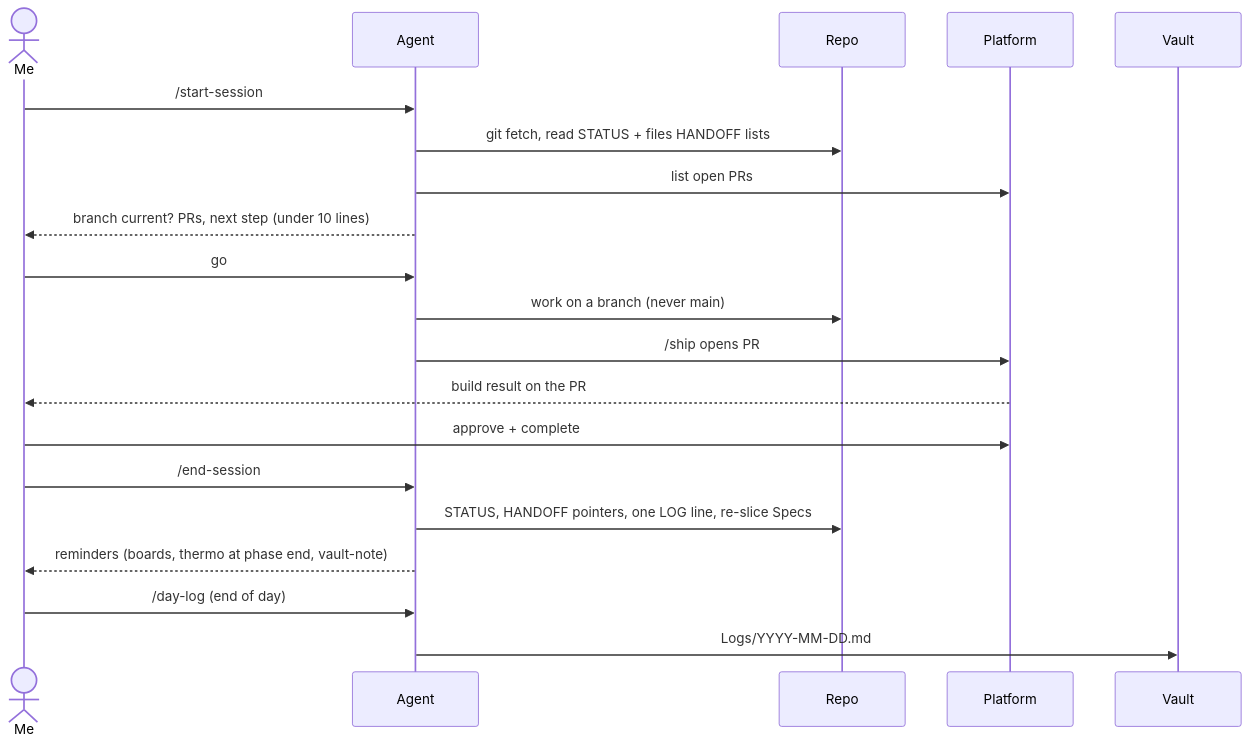
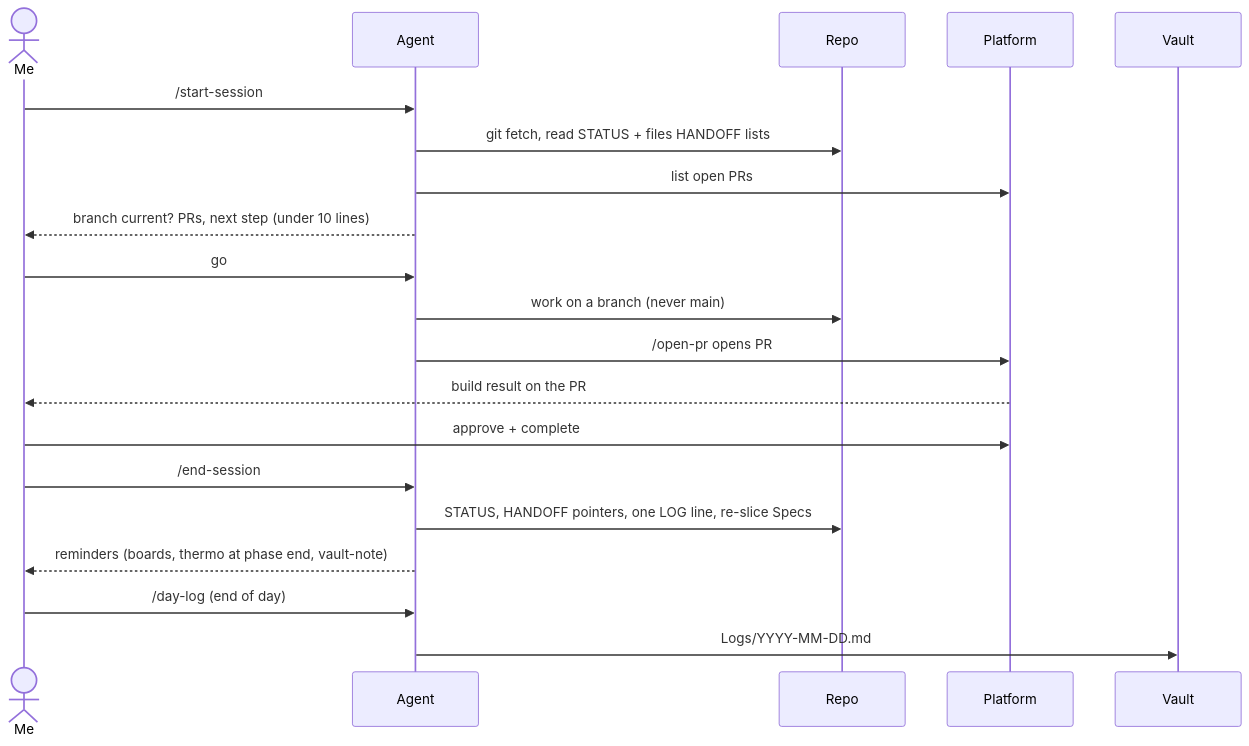
Before and after one commit to charlie-callister-01/Workflow: the second of 5 diagrams in notes/workflow-guide.md, drawn with Mermaid. The commit also changed other lines of this file and 26 other files, not shown here.

First line of the commit message:
fix(skills): rename ship to open-pr so Claude Code's built-in /ship stops running instead

````diff
--- a/notes/workflow-guide.md
+++ b/notes/workflow-guide.md
@@ -53,22 +53,22 @@
 ```mermaid
 sequenceDiagram
   actor Me as Me
   participant A as Agent
   participant R as Repo
   participant P as Platform
   participant V as Vault
   Me->>A: /start-session
   A->>R: git fetch, read STATUS + files HANDOFF lists
   A->>P: list open PRs
   A-->>Me: branch current? PRs, next step (under 10 lines)
   Me->>A: go
   A->>R: work on a branch (never main)
-  A->>P: /ship opens PR
+  A->>P: /open-pr opens PR
   P-->>Me: build result on the PR
   Me->>P: approve + complete
   Me->>A: /end-session
   A->>R: STATUS, HANDOFF pointers, one LOG line, re-slice Specs
   A-->>Me: reminders (boards, thermo at phase end, vault-note)
   Me->>A: /day-log (end of day)
   A->>V: Logs/YYYY-MM-DD.md
 ```
````
